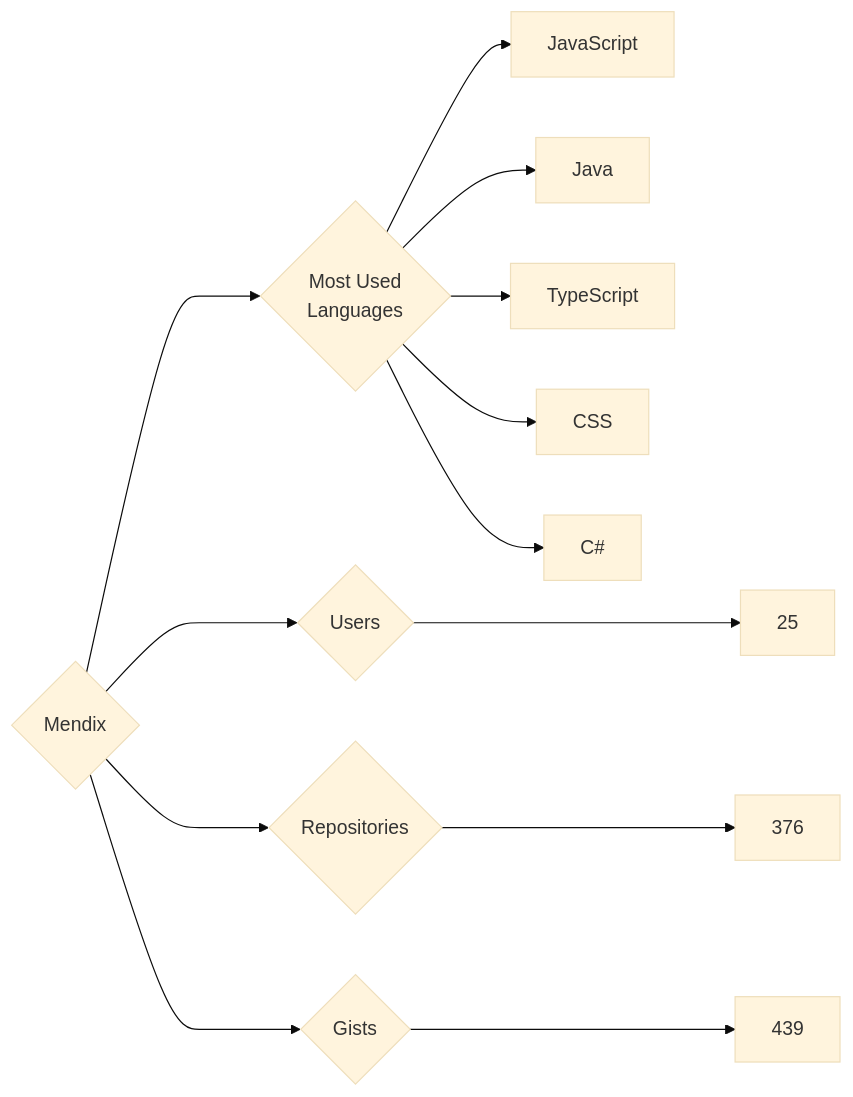
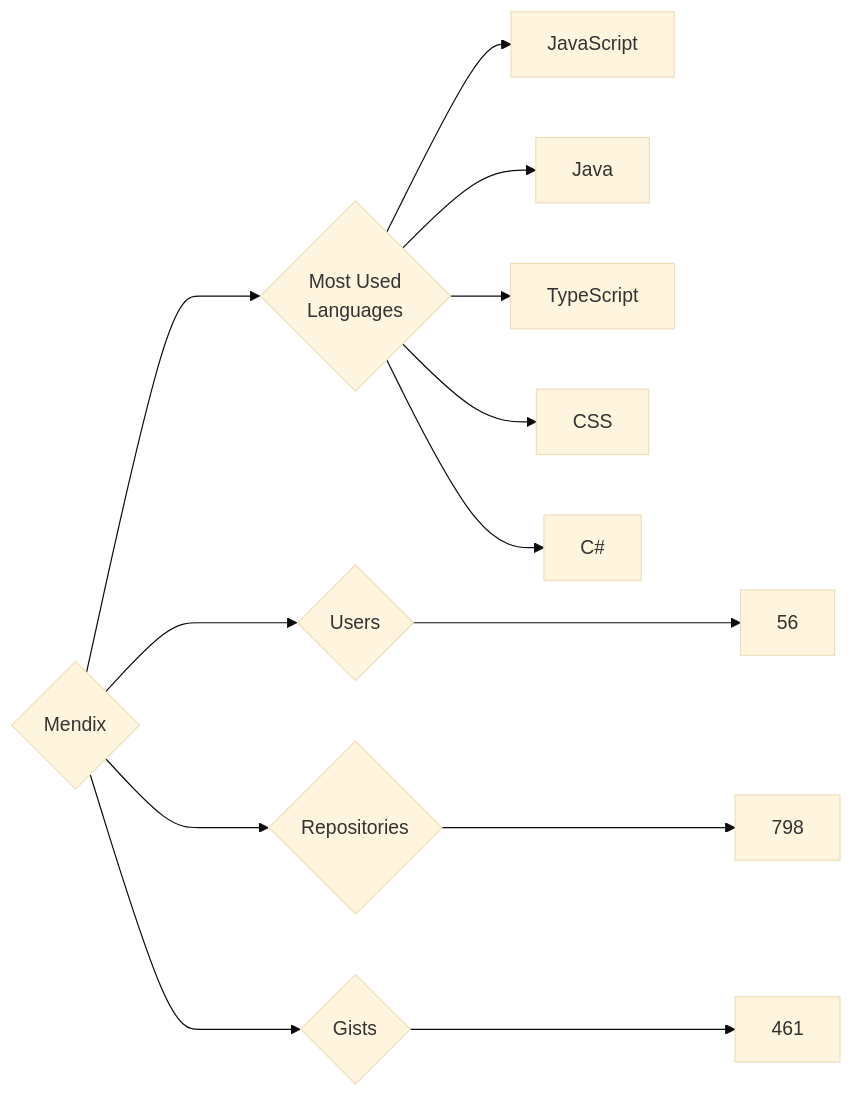
Before and after one commit to trickest/insiders: the diagram in targets/Mendix/README.md, drawn with Mermaid (base theme). The commit also changed 939 other files, not shown here.

````diff
--- a/targets/Mendix/README.md
+++ b/targets/Mendix/README.md
@@ -3,13 +3,13 @@
 ```mermaid
 graph LR
 COMPANY_NAME{Mendix}
-COMPANY_NAME ---> U{Users} ---> UN[25]
-COMPANY_NAME ---> R{Repositories} ---> RN[376]
-COMPANY_NAME ---> G{Gists} ---> GN[439]
+COMPANY_NAME ---> U{Users} ---> UN[56]
+COMPANY_NAME ---> R{Repositories} ---> RN[798]
+COMPANY_NAME ---> G{Gists} ---> GN[461]
 COMPANY_NAME ---> ML{Most Used<br>Languages}
 ML --> JavaScript[JavaScript]
 ML --> Java[Java]
 ML --> TypeScript[TypeScript]
 ML --> CSS[CSS]
 ML --> C#[C#]
 ```
````
